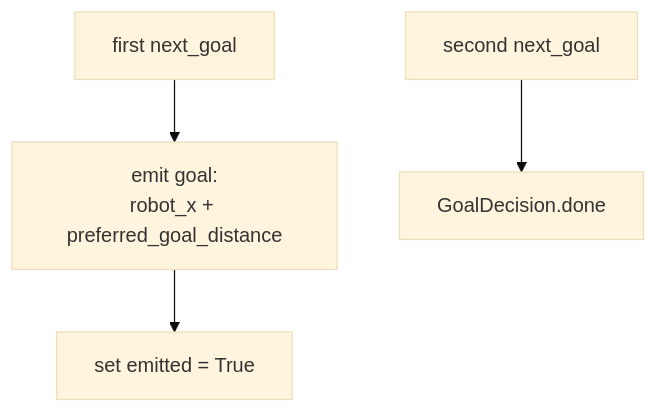
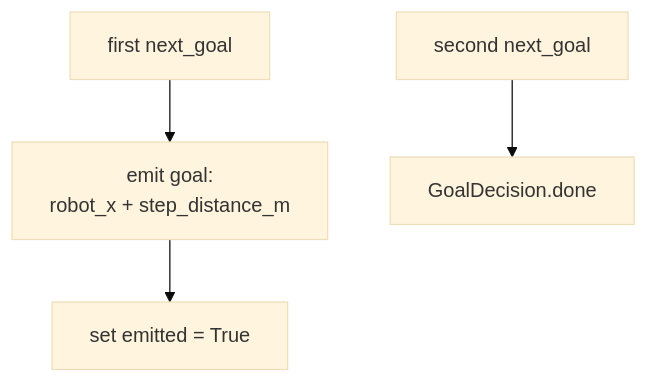
The diagram in 01-literate/X08-hello_world_algorithm.md (Boston-Robot-Hackers/dome_nav), drawn with Mermaid (base theme) before and after one commit. The commit also changed other lines of this file and 30 other files, not shown here.

````diff
--- a/01-literate/X08-hello_world_algorithm.md
+++ b/01-literate/X08-hello_world_algorithm.md
@@ -59,6 +64,6 @@
 ```mermaid
 flowchart TD
-    A["first next_goal"] --> B["emit goal:<br/>robot_x + preferred_goal_distance"]
+    A["first next_goal"] --> B["emit goal:<br/>robot_x + step_distance_m"]
     B --> C["set emitted = True"]
     D["second next_goal"] --> E["GoalDecision.done"]
 ```
````
